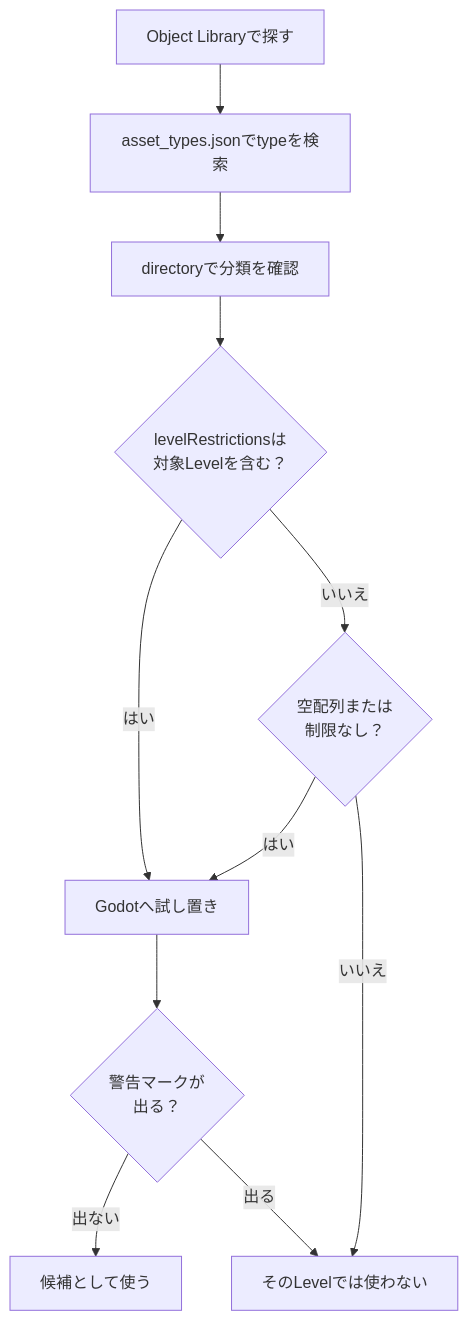
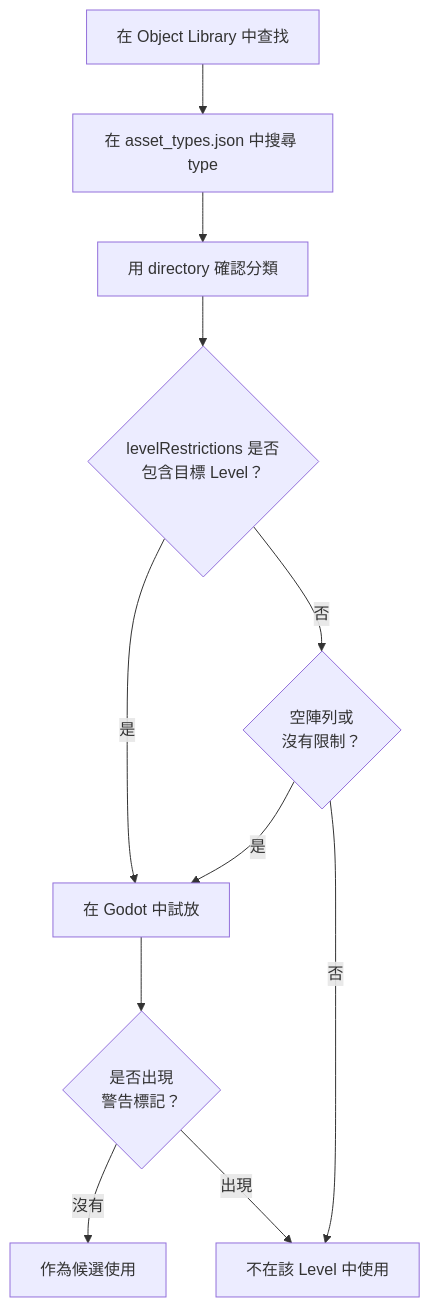
Before and after one commit to link1345/bf-portal-book: the diagram in content/locales/zh-TW/chapters/4-map-editer.md, drawn with Mermaid. The commit also changed other lines of this file and 2 other files, not shown here.

````diff
--- a/content/locales/zh-TW/chapters/4-map-editer.md
+++ b/content/locales/zh-TW/chapters/4-map-editer.md
@@ -63,21 +63,21 @@
 ```mermaid
 flowchart TD
-  library["Object Libraryで探す"]
-  assetTypes["asset_types.jsonでtypeを検索"]
-  directory["directoryで分類を確認"]
-  restrictions{"levelRestrictionsは<br/>対象Levelを含む？"}
-  empty{"空配列または<br/>制限なし？"}
-  place["Godotへ試し置き"]
-  warning{"警告マークが<br/>出る？"}
-  usable["候補として使う"]
-  unusable["そのLevelでは使わない"]
+  library["在 Object Library 中查找"]
+  assetTypes["在 asset_types.json 中搜尋 type"]
+  directory["用 directory 確認分類"]
+  restrictions{"levelRestrictions 是否<br/>包含目標 Level？"}
+  empty{"空陣列或<br/>沒有限制？"}
+  place["在 Godot 中試放"]
+  warning{"是否出現<br/>警告標記？"}
+  usable["作為候選使用"]
+  unusable["不在該 Level 中使用"]
 
   library --> assetTypes --> directory --> restrictions
-  restrictions -- "はい" --> place
-  restrictions -- "いいえ" --> empty
-  empty -- "はい" --> place
-  empty -- "いいえ" --> unusable
+  restrictions -- "是" --> place
+  restrictions -- "否" --> empty
+  empty -- "是" --> place
+  empty -- "否" --> unusable
   place --> warning
-  warning -- "出ない" --> usable
-  warning -- "出る" --> unusable
+  warning -- "沒有" --> usable
+  warning -- "出現" --> unusable
 ```
````
